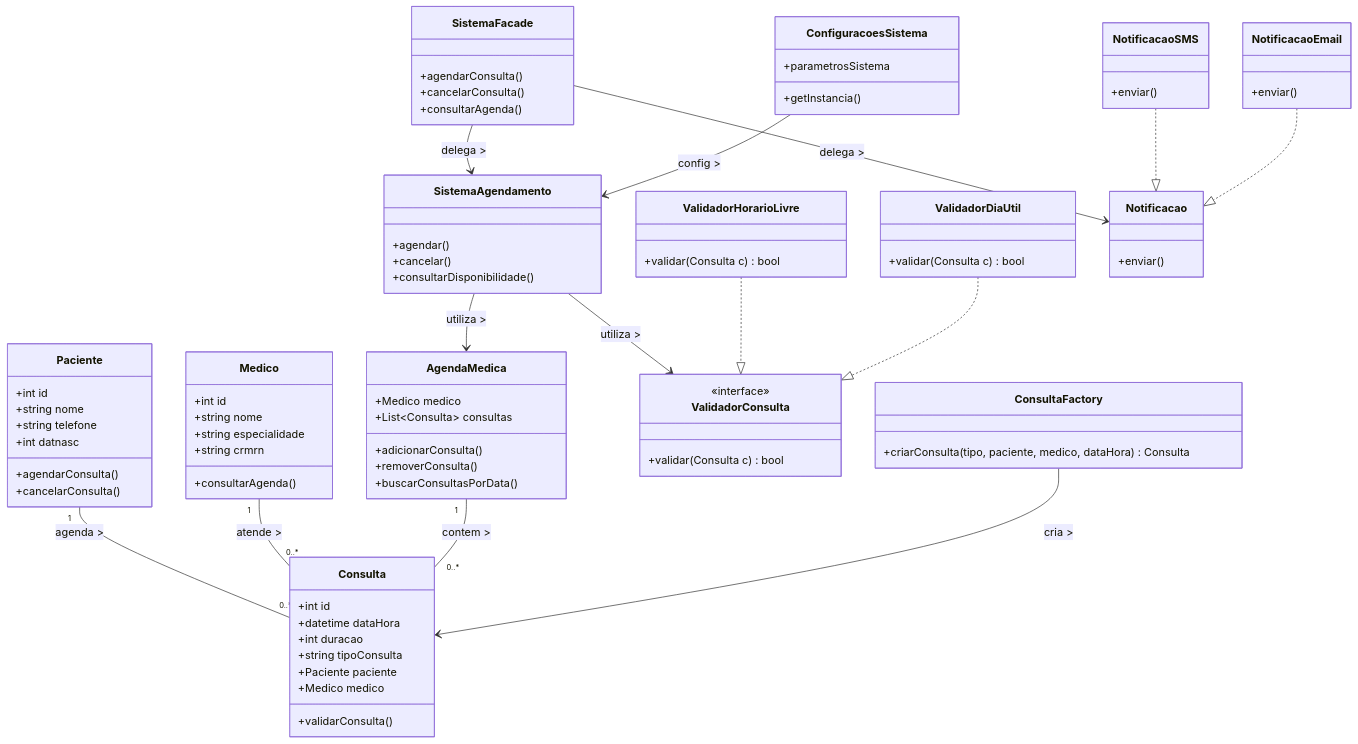
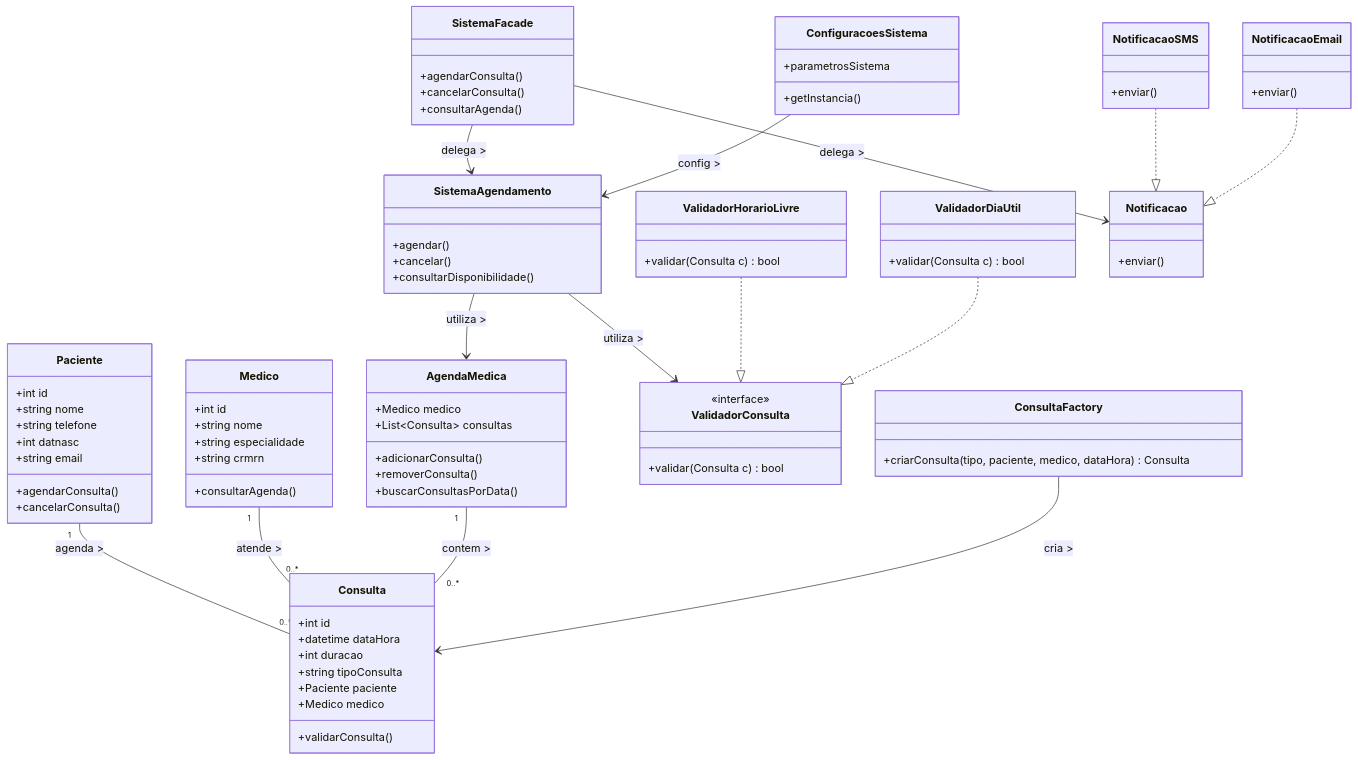
The diagram in Docs/diagrama.md (Joyce8900/SAC), drawn with Mermaid before and after one commit. The commit also changed 14 other files, not shown here.

```diff
--- a/Docs/diagrama.md
+++ b/Docs/diagrama.md
@@ -51,6 +51,7 @@
         +string nome
         +string telefone
         +int datnasc
+        +string email 
         +agendarConsulta()
         +cancelarConsulta()
     }
```
